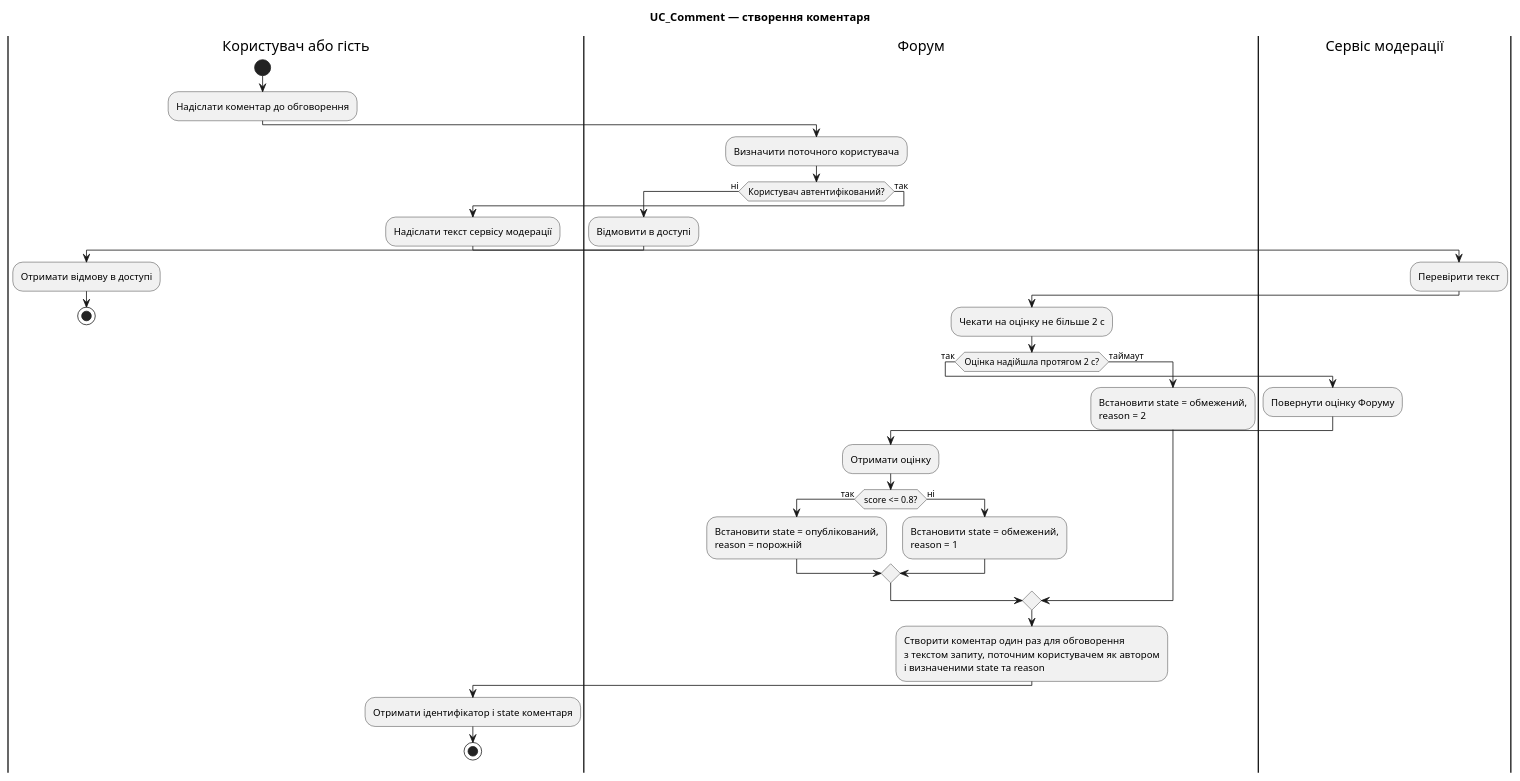
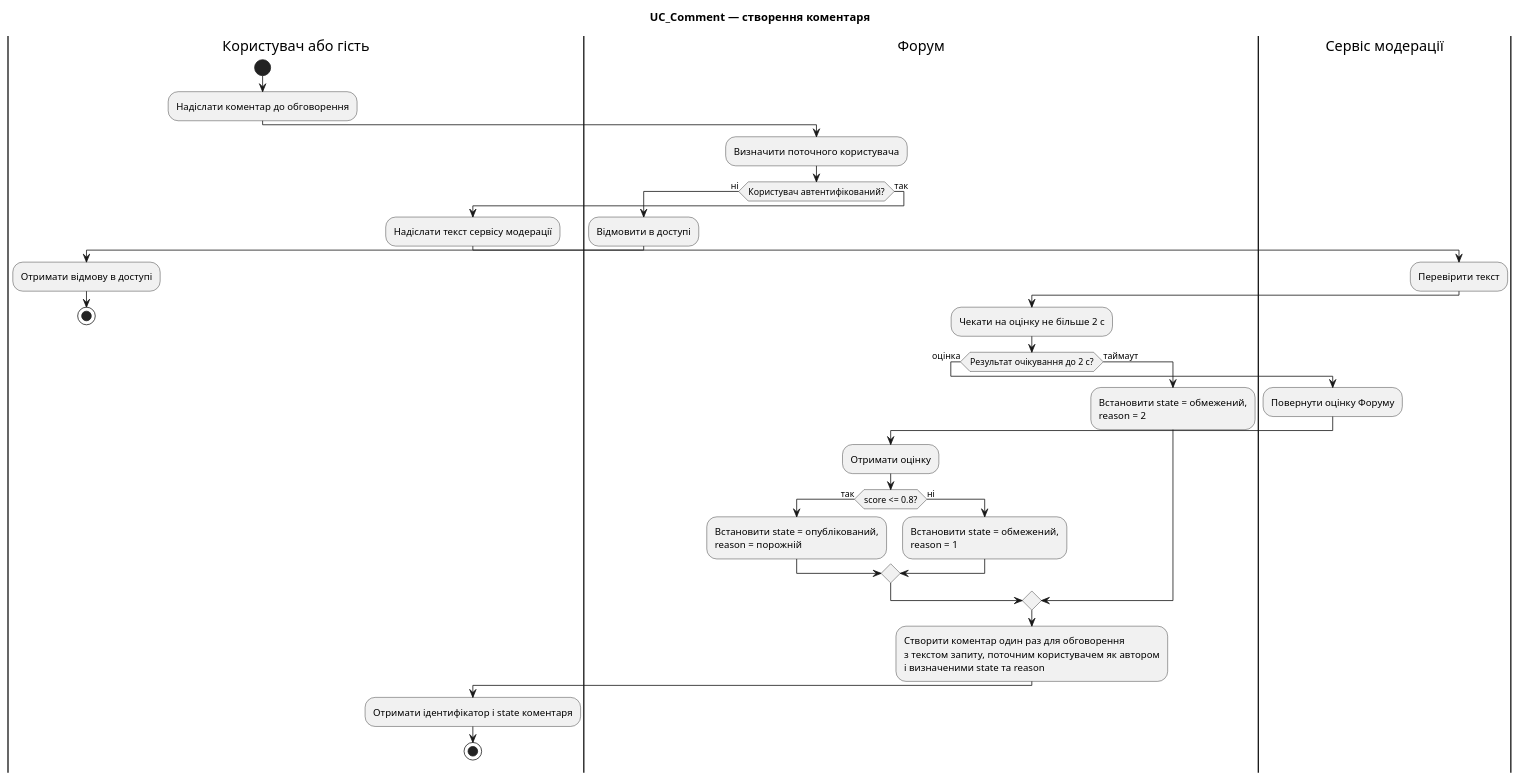
One commit to tevarindol/forum changed the diagram in lab4/activity.puml. Above: the diagram before and after it, drawn with PlantUML.

Commit message:
fix(lab4): clarify moderation response and timeout branches
Harness: OpenCode
Model: openai/gpt-6-luna

```diff
--- a/lab4/activity.puml
+++ b/lab4/activity.puml
@@ -1,45 +1,45 @@
 @startuml
 title UC_Comment — створення коментаря
 
 |Користувач або гість|
 start
 :Надіслати коментар до обговорення;
 
 |Форум|
 :Визначити поточного користувача;
 if (Користувач автентифікований?) then (ні)
   :Відмовити в доступі;
   |Користувач або гість|
   :Отримати відмову в доступі;
   stop
 else (так)
   :Надіслати текст сервісу модерації;
   |Сервіс модерації|
   :Перевірити текст;
   |Форум|
   :Чекати на оцінку не більше 2 с;
-  if (Оцінка надійшла протягом 2 с?) then (так)
+  if (Результат очікування до 2 с?) then (оцінка)
     |Сервіс модерації|
     :Повернути оцінку Форуму;
     |Форум|
     :Отримати оцінку;
     if (score <= 0.8?) then (так)
       :Встановити state = опублікований,
 reason = порожній;
     else (ні)
       :Встановити state = обмежений,
 reason = 1;
     endif
   else (таймаут)
     :Встановити state = обмежений,
 reason = 2;
   endif
 
   :Створити коментар один раз для обговорення
 з текстом запиту, поточним користувачем як автором
 і визначеними state та reason;
   |Користувач або гість|
   :Отримати ідентифікатор і state коментаря;
   stop
 endif
 @enduml
```
